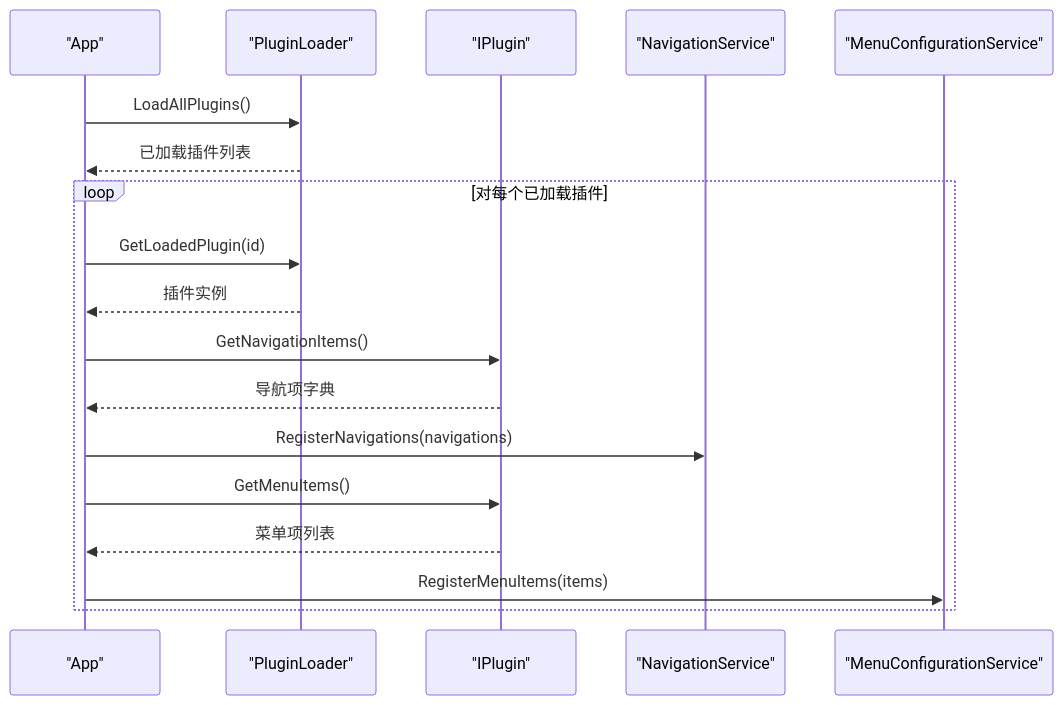
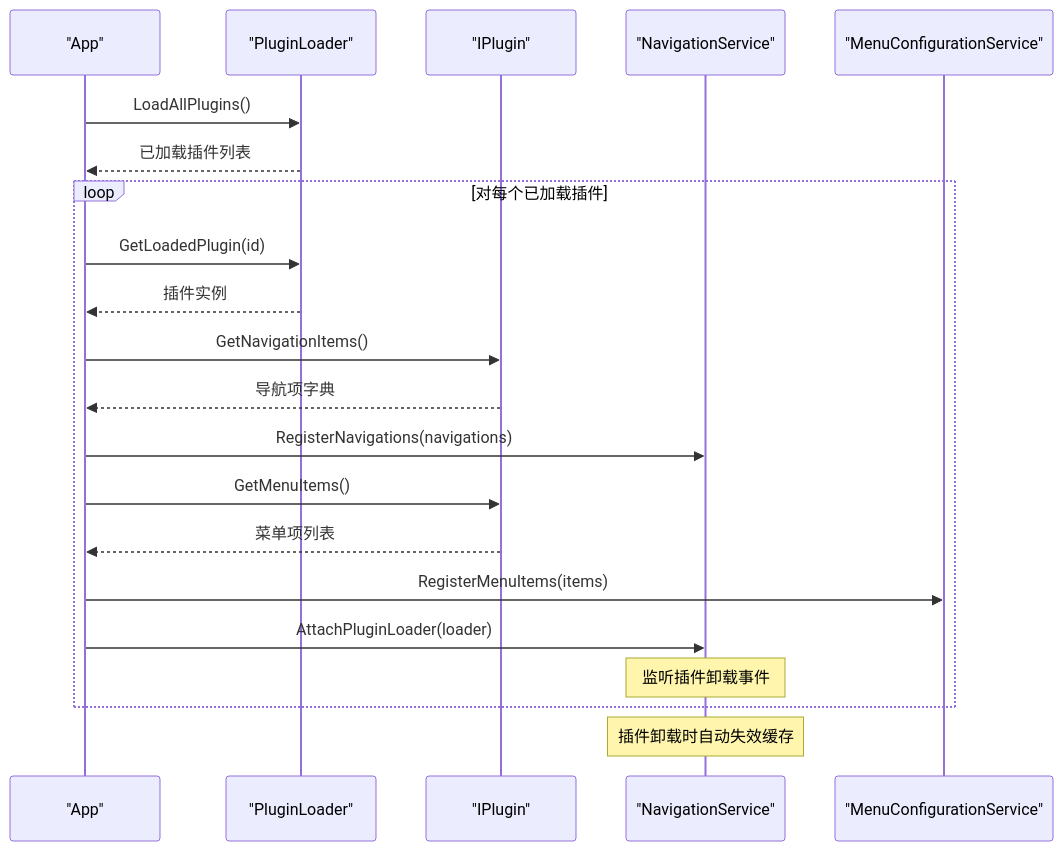
Before and after one commit to lytree/AvaloniaTemplate: the fifth of 9 diagrams in .qoder/repowiki/zh/content/核心服务组件/导航服务.md, drawn with Mermaid. The commit also changed other lines of this file and 15 other files, not shown here.

````diff
--- a/.qoder/repowiki/zh/content/核心服务组件/导航服务.md
+++ b/.qoder/repowiki/zh/content/核心服务组件/导航服务.md
@@ -220,20 +250,23 @@
 ```mermaid
 sequenceDiagram
 participant App as "App"
 participant Loader as "PluginLoader"
 participant Plugin as "IPlugin"
 participant Nav as "NavigationService"
 participant Menu as "MenuConfigurationService"
 App->>Loader : LoadAllPlugins()
 Loader-->>App : 已加载插件列表
 loop 对每个已加载插件
 App->>Loader : GetLoadedPlugin(id)
 Loader-->>App : 插件实例
 App->>Plugin : GetNavigationItems()
 Plugin-->>App : 导航项字典
 App->>Nav : RegisterNavigations(navigations)
 App->>Plugin : GetMenuItems()
 Plugin-->>App : 菜单项列表
 App->>Menu : RegisterMenuItems(items)
+App->>Nav : AttachPluginLoader(loader)
+Note over Nav : 监听插件卸载事件
 end
+Note over Nav : 插件卸载时自动失效缓存
 ```
````
